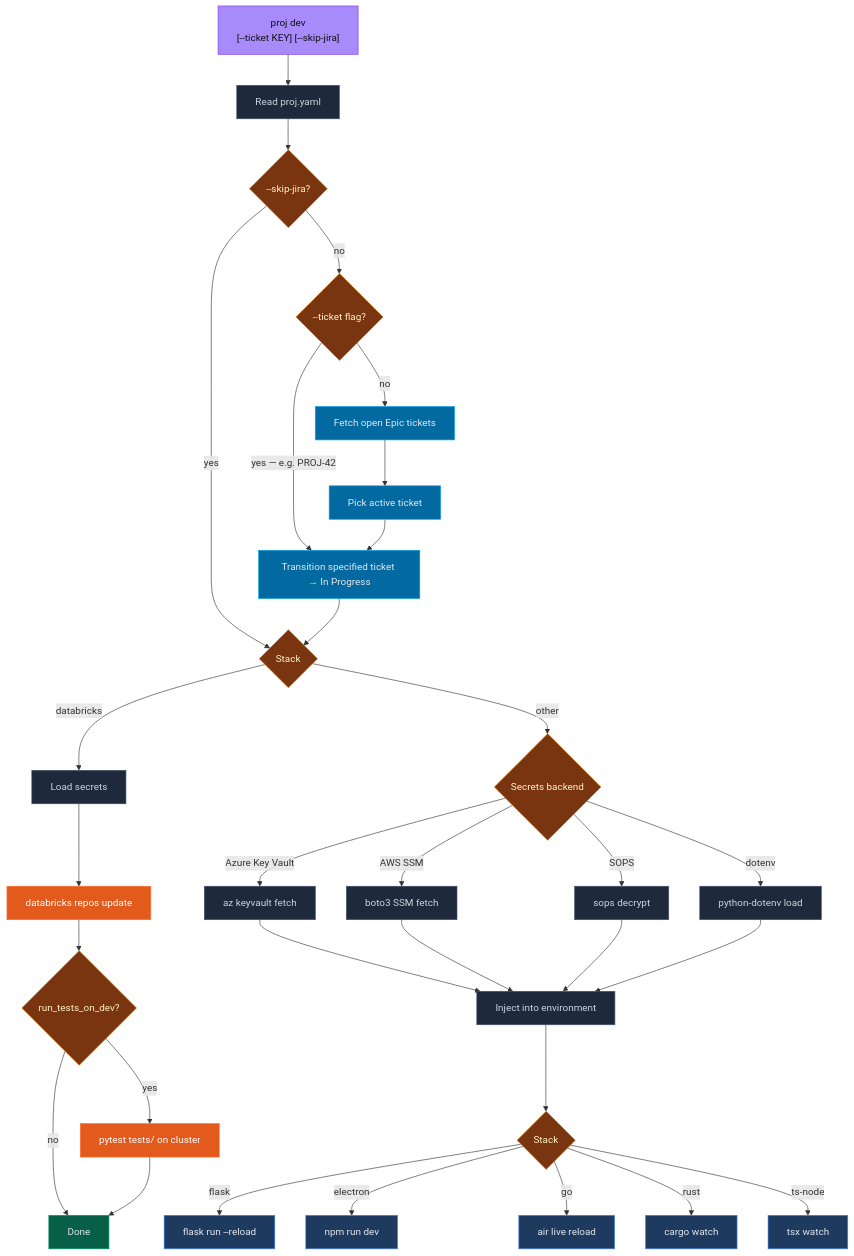
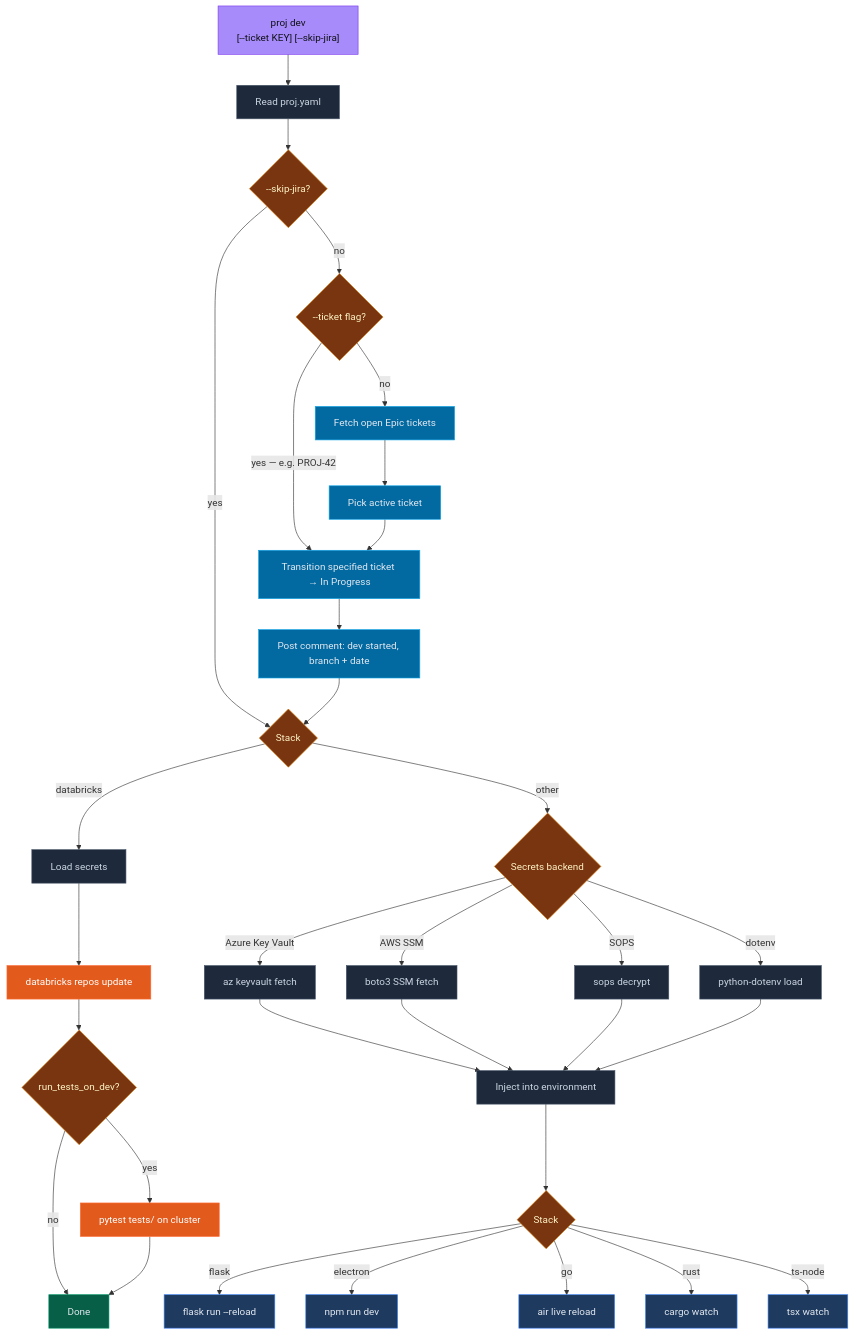
The fourth of 7 diagrams in README.md (erosrage/Athena), drawn with Mermaid before and after one commit. The commit also changed other lines of this file and 5 other files, not shown here.

````diff
--- a/README.md
+++ b/README.md
@@ -123,39 +125,40 @@
 ```mermaid
 flowchart TD
     A["proj dev\n[--ticket KEY] [--skip-jira]"]:::entry
     A --> B["Read proj.yaml"]:::action
     B --> SJ{"--skip-jira?"}:::decision
     SJ -->|"yes"| ST
     SJ -->|"no"| TK{"--ticket flag?"}:::decision
     TK -->|"yes — e.g. PROJ-42"| JI["Transition specified ticket → In Progress"]:::jira
     TK -->|"no"| JT["Fetch open Epic tickets"]:::jira
     JT --> JP["Pick active ticket"]:::jira
     JP --> JI
-    JI --> ST{"Stack"}:::decision
+    JI --> JIC["Post comment: dev started, branch + date"]:::jira
+    JIC --> ST{"Stack"}:::decision
     ST -->|"databricks"| SEC2["Load secrets"]:::action
     SEC2 --> DB["databricks repos update"]:::dbx
     DB --> DBT{"run_tests_on_dev?"}:::decision
     DBT -->|"yes"| DBR["pytest tests/ on cluster"]:::dbx
     DBT -->|"no"| DBD["Done"]:::done
     DBR --> DBD
     ST -->|"other"| C{"Secrets backend"}:::decision
     C -->|"Azure Key Vault"| D1["az keyvault fetch"]:::action
     C -->|"AWS SSM"| D2["boto3 SSM fetch"]:::action
     C -->|"SOPS"| D3["sops decrypt"]:::action
     C -->|"dotenv"| D4["python-dotenv load"]:::action
     D1 & D2 & D3 & D4 --> E["Inject into environment"]:::action
     E --> F{"Stack"}:::decision
     F -->|"flask"| G1["flask run --reload"]:::run
     F -->|"electron"| G2["npm run dev"]:::run
     F -->|"go"| G3["air live reload"]:::run
     F -->|"rust"| G4["cargo watch"]:::run
     F -->|"ts-node"| G5["tsx watch"]:::run
     classDef entry fill:#a78bfa,stroke:#7c3aed,color:#0f1117
     classDef prompt fill:#0f4c75,stroke:#1b6ca8,color:#e2e8f0
     classDef action fill:#1e293b,stroke:#475569,color:#cbd5e1
     classDef decision fill:#78350f,stroke:#d97706,color:#fef3c7
     classDef run fill:#1e3a5f,stroke:#3b82f6,color:#e2e8f0
     classDef dbx fill:#e25a1c,stroke:#ff6b35,color:#fff
     classDef done fill:#065f46,stroke:#059669,color:#e2e8f0
     classDef jira fill:#0369a1,stroke:#0ea5e9,color:#e2e8f0
 ```
````
